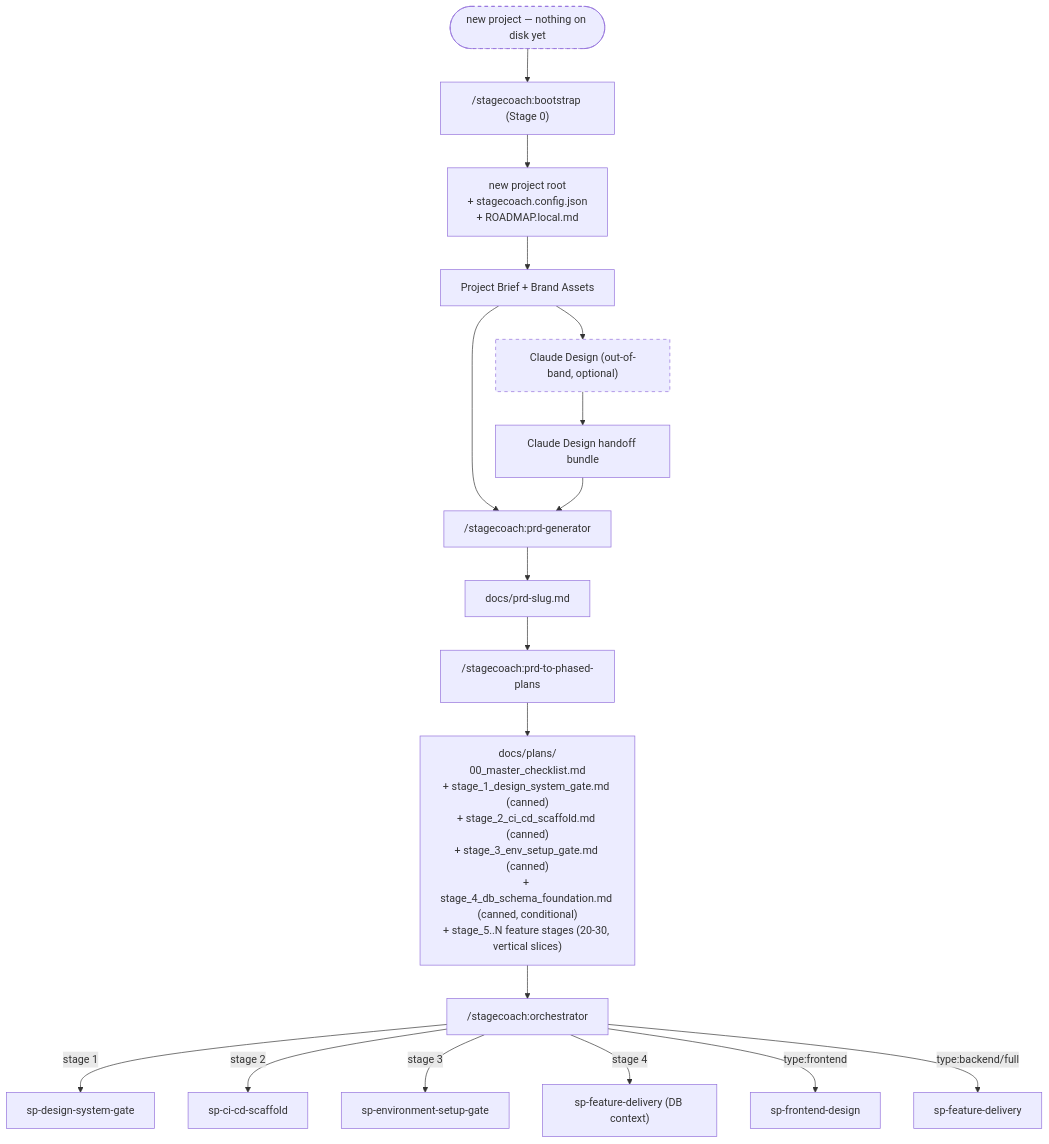
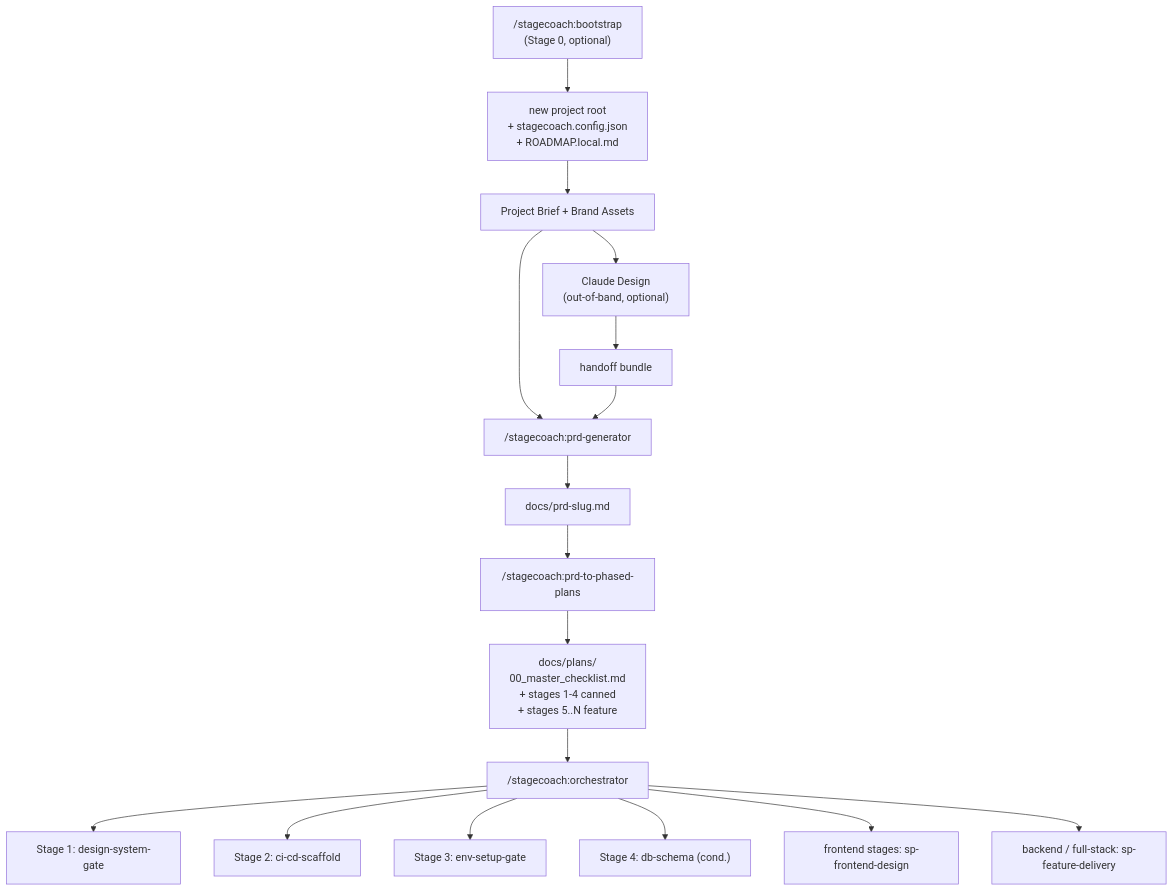
Before and after one commit to steve-piece/Stagecoach: the diagram in README.md, drawn with Mermaid.

Commit message:
Fix README Mermaid rendering on GitHub
Three culprits caused 'Could not find a suitable point for the given
distance' on github.com:
- :::optional class application on stadium-shape and edge-target nodes
- Huge multi-line Plans label (6 <br/> breaks) overflowed the layout
  engine's connection-point search
- classDef line at the bottom

Replaced with a simpler diagram: shorter labels, no class definitions,
collapsed the long Plans node into a 4-line summary.

````diff
--- a/README.md
+++ b/README.md
@@ -37,24 +37,20 @@
 ```mermaid
 flowchart TD
-    Start([new project — nothing on disk yet]):::optional
-    Start --> Bootstrap["/stagecoach:bootstrap (Stage 0)"]
+    Bootstrap["/stagecoach:bootstrap<br/>(Stage 0, optional)"]
     Bootstrap --> Root["new project root<br/>+ stagecoach.config.json<br/>+ ROADMAP.local.md"]
-
     Root --> Brief["Project Brief + Brand Assets"]
-    Brief --> CD["Claude Design (out-of-band, optional)"]:::optional
-    CD --> Bundle["Claude Design handoff bundle"]
+    Brief --> CD["Claude Design<br/>(out-of-band, optional)"]
+    CD --> Bundle["handoff bundle"]
     Brief --> PRDGen["/stagecoach:prd-generator"]
     Bundle --> PRDGen
     PRDGen --> PRD["docs/prd-slug.md"]
     PRD --> Phased["/stagecoach:prd-to-phased-plans"]
-    Phased --> Plans["docs/plans/<br/>00_master_checklist.md<br/>+ stage_1_design_system_gate.md (canned)<br/>+ stage_2_ci_cd_scaffold.md (canned)<br/>+ stage_3_env_setup_gate.md (canned)<br/>+ stage_4_db_schema_foundation.md (canned, conditional)<br/>+ stage_5..N feature stages (20-30, vertical slices)"]
+    Phased --> Plans["docs/plans/<br/>00_master_checklist.md<br/>+ stages 1-4 canned<br/>+ stages 5..N feature"]
     Plans --> Orchestrator["/stagecoach:orchestrator"]
-    Orchestrator -->|stage 1| DSGate["sp-design-system-gate"]
-    Orchestrator -->|stage 2| Scaffold["sp-ci-cd-scaffold"]
-    Orchestrator -->|stage 3| EnvGate["sp-environment-setup-gate"]
-    Orchestrator -->|stage 4| DBSchema["sp-feature-delivery (DB context)"]
-    Orchestrator -->|type:frontend| FE["sp-frontend-design"]
-    Orchestrator -->|type:backend/full| Feature["sp-feature-delivery"]
-
-    classDef optional stroke-dasharray: 5 5;
+    Orchestrator --> DSGate["Stage 1: design-system-gate"]
+    Orchestrator --> Scaffold["Stage 2: ci-cd-scaffold"]
+    Orchestrator --> EnvGate["Stage 3: env-setup-gate"]
+    Orchestrator --> DBSchema["Stage 4: db-schema (cond.)"]
+    Orchestrator --> FE["frontend stages: sp-frontend-design"]
+    Orchestrator --> Feature["backend / full-stack: sp-feature-delivery"]
 ```
````
